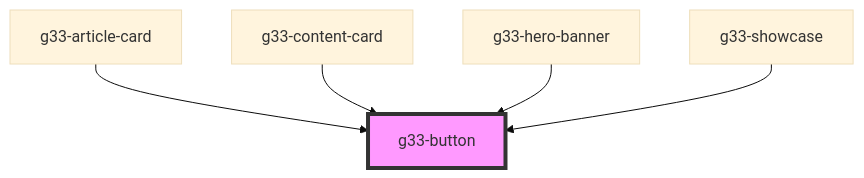
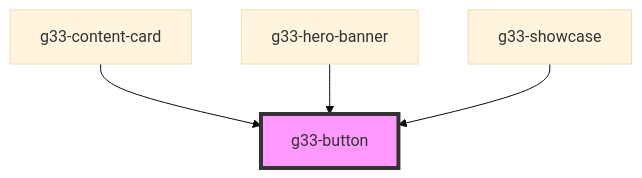
The diagram in src/components/g33-button/readme.md (juliencap/g33-stencil-design-system), drawn with Mermaid (base theme) before and after one commit. The commit also changed other lines of this file and 54 other files, not shown here.

````diff
--- a/src/components/g33-button/readme.md
+++ b/src/components/g33-button/readme.md
@@ -27,8 +26,7 @@
 ```mermaid
 graph TD;
-  g33-article-card --> g33-button
   g33-content-card --> g33-button
   g33-hero-banner --> g33-button
   g33-showcase --> g33-button
   style g33-button fill:#f9f,stroke:#333,stroke-width:4px
 ```
````
